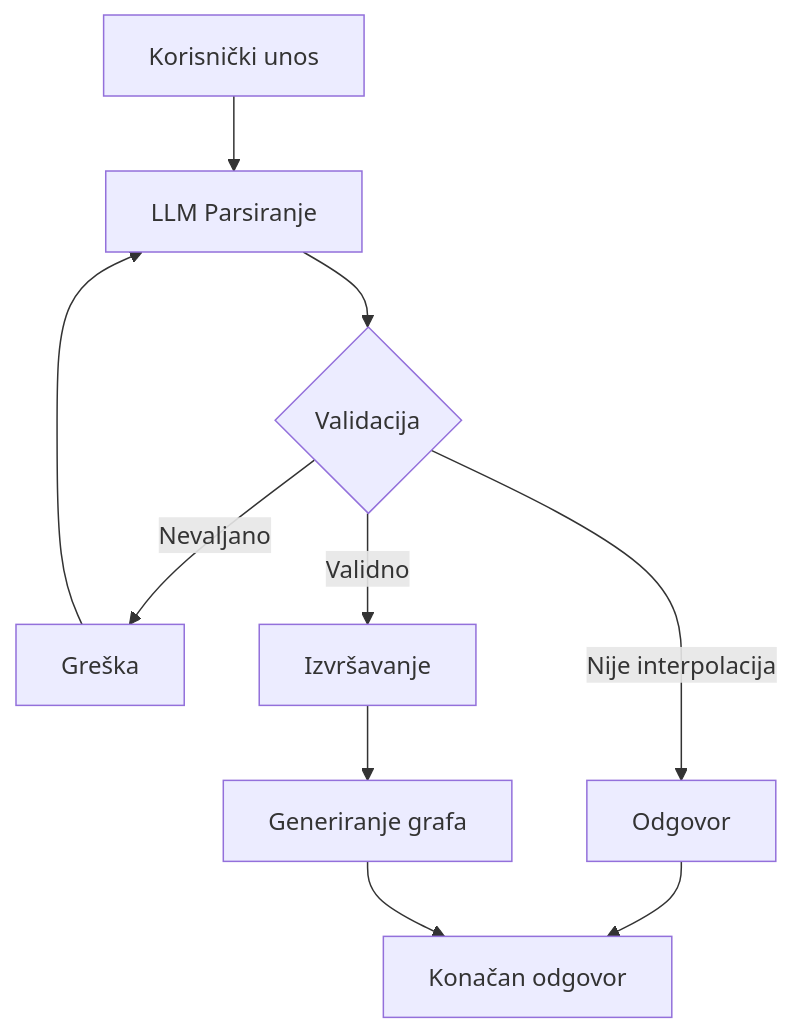
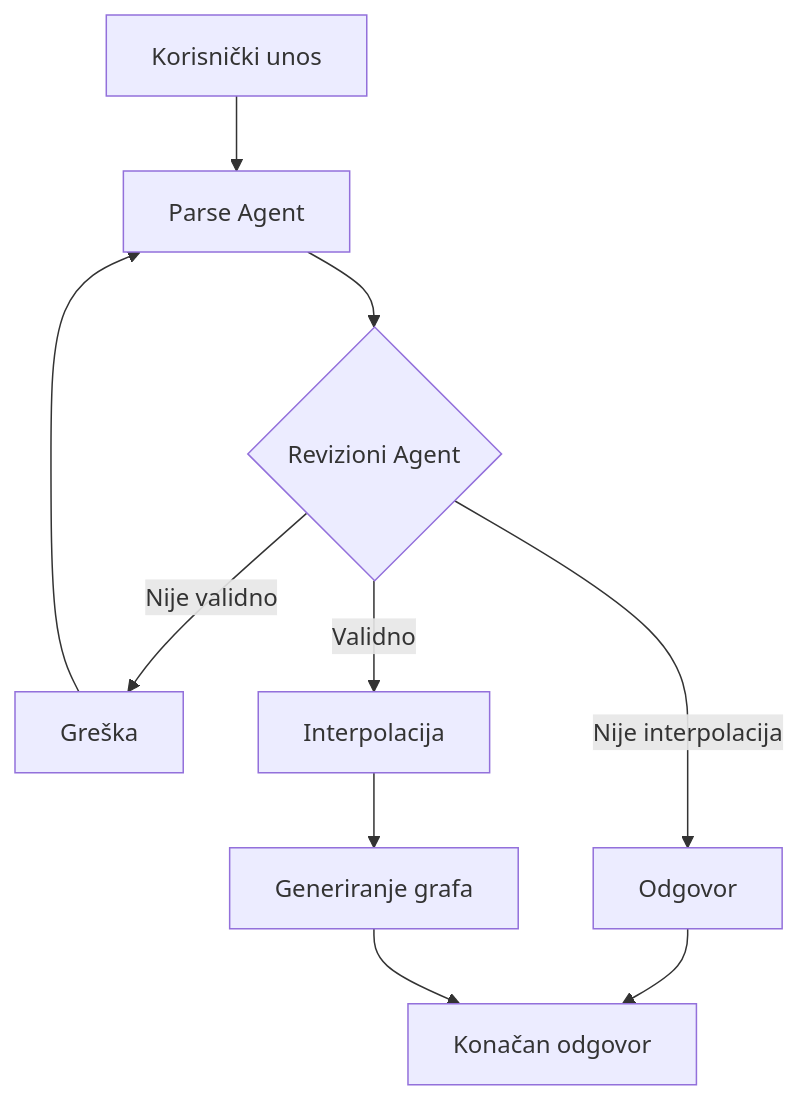
One commit to kadusic1/interpolator-ai changed the second of 2 diagrams in README.md. Above: the diagram before and after it, drawn with Mermaid. The commit also changed other lines of this file, not shown here.

Commit message:
refactor: updated README.md

````diff
--- a/README.md
+++ b/README.md
@@ -61,8 +61,8 @@
 ```mermaid
 flowchart TD
-    Start[Korisnički unos] --> Parse[LLM Parsiranje]
-    Parse --> Review{Validacija}
-    Review -->|Nevaljano| Error[Greška] --> Parse
+    Start[Korisnički unos] --> Parse[Parse Agent]
+    Parse --> Review{Revizioni Agent}
+    Review -->|Nije validno| Error[Greška] --> Parse
     Review -->|Nije interpolacija| Chat[Odgovor] --> End
-    Review -->|Validno| Calc[Izvršavanje] --> Graph[Generiranje grafa] --> End[Konačan odgovor]
+    Review -->|Validno| Calc[Interpolacija] --> Graph[Generiranje grafa] --> End[Konačan odgovor]
 ```
````
